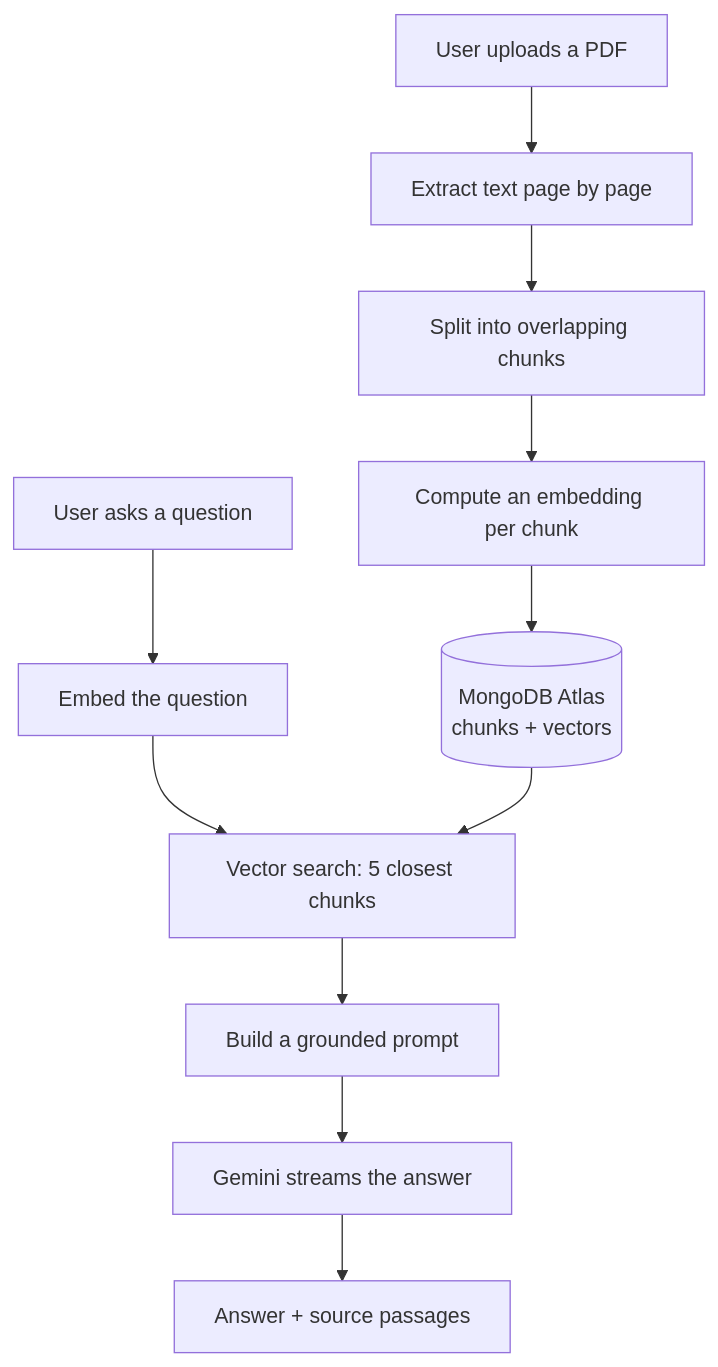
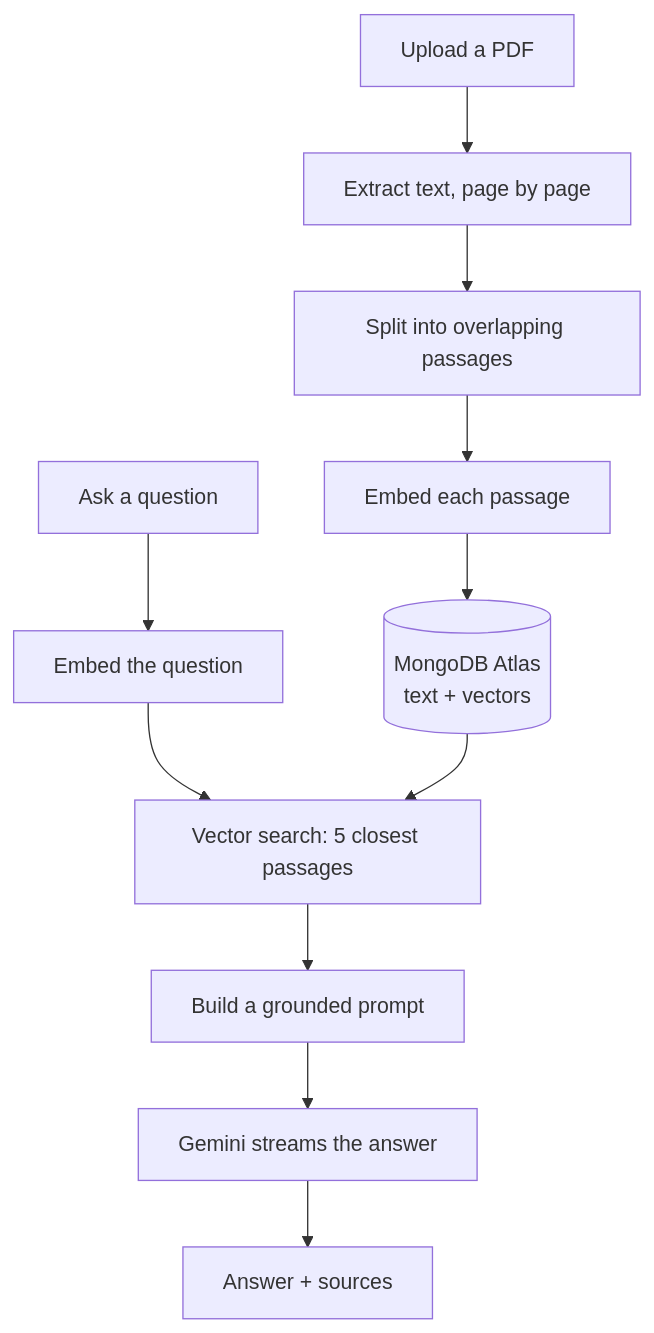
Before and after one commit to NotAnsar/docchat: the diagram in README.md, drawn with Mermaid. The commit also changed other lines of this file, not shown here.

````diff
--- a/README.md
+++ b/README.md
@@ -18,14 +18,14 @@
 ```mermaid
 flowchart TD
-    A[User uploads a PDF] --> B[Extract text page by page]
-    B --> C[Split into overlapping chunks]
-    C --> D[Compute an embedding per chunk]
-    D --> E[(MongoDB Atlas<br/>chunks + vectors)]
+    A[Upload a PDF] --> B[Extract text, page by page]
+    B --> C[Split into overlapping passages]
+    C --> D[Embed each passage]
+    D --> E[(MongoDB Atlas<br/>text + vectors)]
 
-    F[User asks a question] --> G[Embed the question]
-    G --> H[Vector search: 5 closest chunks]
+    F[Ask a question] --> G[Embed the question]
+    G --> H[Vector search: 5 closest passages]
     E --> H
     H --> I[Build a grounded prompt]
     I --> J[Gemini streams the answer]
-    J --> K[Answer + source passages]
+    J --> K[Answer + sources]
 ```
````
